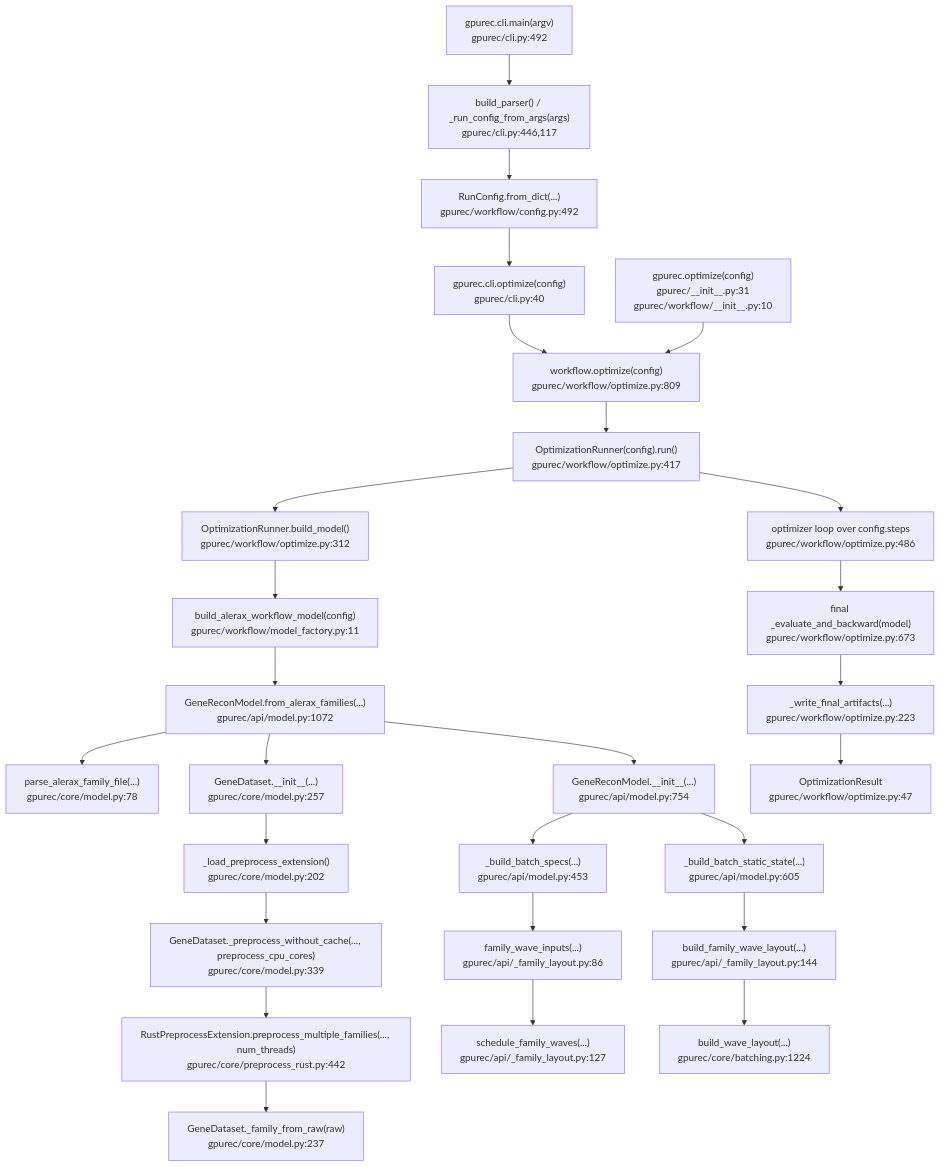
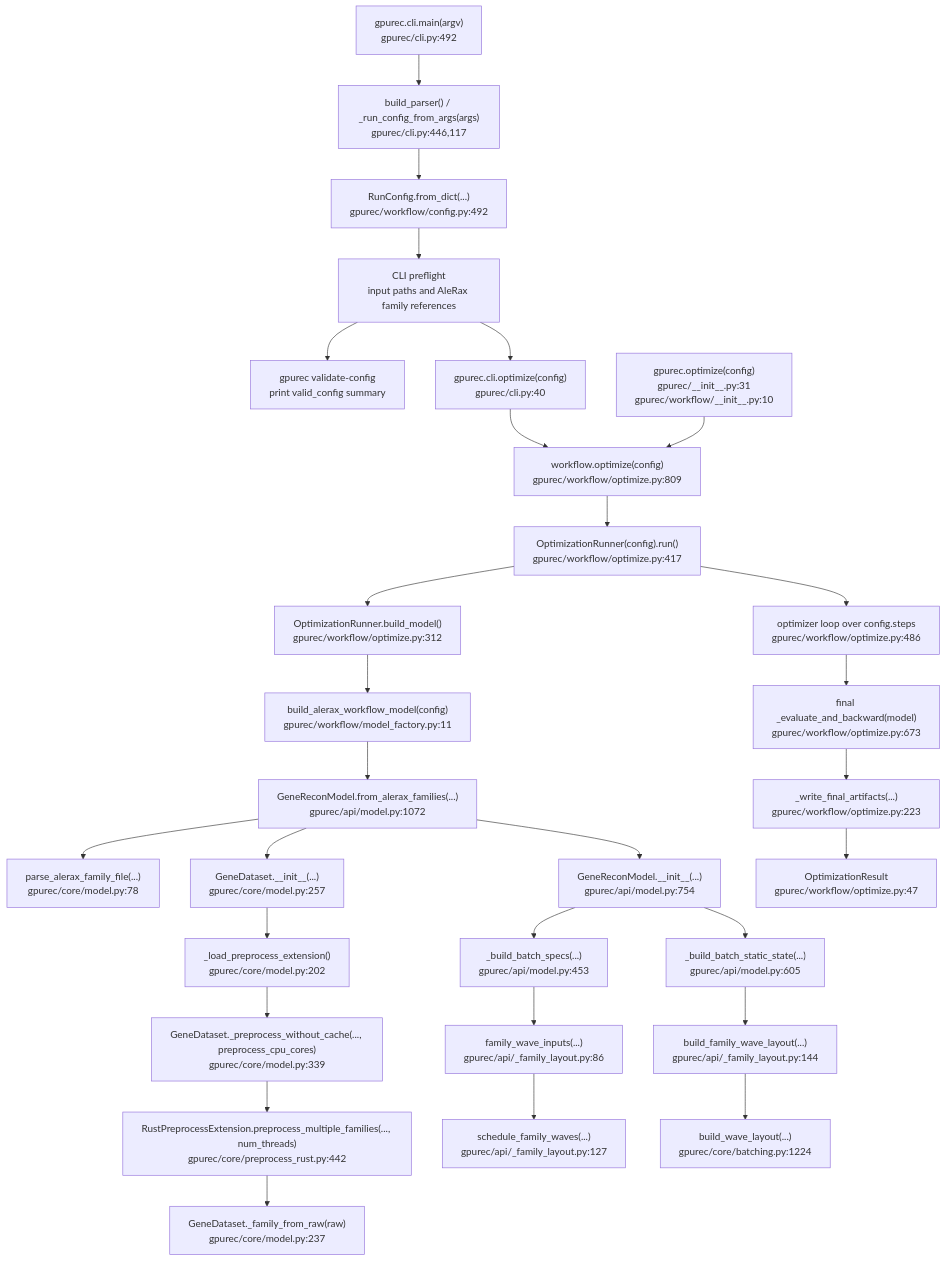
One commit to SisyphusMountain/gpurec changed the first of 3 diagrams in docs/optimization-workflow-call-graph.md. Above: the diagram before and after it, drawn with Mermaid. The commit also changed other lines of this file and 2 other files, not shown here.

Commit message:
Document current optimization workflow graph

````diff
--- a/docs/optimization-workflow-call-graph.md
+++ b/docs/optimization-workflow-call-graph.md
@@ -11,45 +12,49 @@
 ```mermaid
 flowchart TD
   CLI["gpurec.cli.main(argv)<br/>gpurec/cli.py:492"]
   Parser["build_parser() / _run_config_from_args(args)<br/>gpurec/cli.py:446,117"]
   Config["RunConfig.from_dict(...)<br/>gpurec/workflow/config.py:492"]
+  Preflight["CLI preflight<br/>input paths and AleRax family references"]
+  ValidateConfig["gpurec validate-config<br/>print valid_config summary"]
   CLIOptimize["gpurec.cli.optimize(config)<br/>gpurec/cli.py:40"]
   PyAPI["gpurec.optimize(config)<br/>gpurec/__init__.py:31<br/>gpurec/workflow/__init__.py:10"]
   Optimize["workflow.optimize(config)<br/>gpurec/workflow/optimize.py:809"]
   Runner["OptimizationRunner(config).run()<br/>gpurec/workflow/optimize.py:417"]
 
   BuildModel["OptimizationRunner.build_model()<br/>gpurec/workflow/optimize.py:312"]
   ModelFactory["build_alerax_workflow_model(config)<br/>gpurec/workflow/model_factory.py:11"]
   FromFamilies["GeneReconModel.from_alerax_families(...)<br/>gpurec/api/model.py:1072"]
   ParseFamilies["parse_alerax_family_file(...)<br/>gpurec/core/model.py:78"]
   Dataset["GeneDataset.__init__(...)<br/>gpurec/core/model.py:257"]
   LoadExt["_load_preprocess_extension()<br/>gpurec/core/model.py:202"]
   Preprocess["GeneDataset._preprocess_without_cache(..., preprocess_cpu_cores)<br/>gpurec/core/model.py:339"]
   RustPreprocess["RustPreprocessExtension.preprocess_multiple_families(..., num_threads)<br/>gpurec/core/preprocess_rust.py:442"]
   FamilyRaw["GeneDataset._family_from_raw(raw)<br/>gpurec/core/model.py:237"]
 
   ModelInit["GeneReconModel.__init__(...)<br/>gpurec/api/model.py:754"]
   BatchSpecs["_build_batch_specs(...)<br/>gpurec/api/model.py:453"]
   FamilyInputs["family_wave_inputs(...)<br/>gpurec/api/_family_layout.py:86"]
   Schedule["schedule_family_waves(...)<br/>gpurec/api/_family_layout.py:127"]
   BuildStatic["_build_batch_static_state(...)<br/>gpurec/api/model.py:605"]
   BuildLayout["build_family_wave_layout(...)<br/>gpurec/api/_family_layout.py:144"]
   WaveLayout["build_wave_layout(...)<br/>gpurec/core/batching.py:1224"]
 
   OptimizerLoop["optimizer loop over config.steps<br/>gpurec/workflow/optimize.py:486"]
   FinalEval["final _evaluate_and_backward(model)<br/>gpurec/workflow/optimize.py:673"]
   FinalArtifacts["_write_final_artifacts(...)<br/>gpurec/workflow/optimize.py:223"]
   Result["OptimizationResult<br/>gpurec/workflow/optimize.py:47"]
 
-  CLI --> Parser --> Config --> CLIOptimize --> Optimize
+  CLI --> Parser --> Config --> Preflight
+  Preflight --> ValidateConfig
+  Preflight --> CLIOptimize --> Optimize
   PyAPI --> Optimize
   Optimize --> Runner
   Runner --> BuildModel --> ModelFactory --> FromFamilies
   FromFamilies --> ParseFamilies
   FromFamilies --> Dataset
   Dataset --> LoadExt --> Preprocess --> RustPreprocess --> FamilyRaw
   FromFamilies --> ModelInit
   ModelInit --> BatchSpecs --> FamilyInputs --> Schedule
   ModelInit --> BuildStatic --> BuildLayout --> WaveLayout
   Runner --> OptimizerLoop --> FinalEval --> FinalArtifacts --> Result
 ```
````
